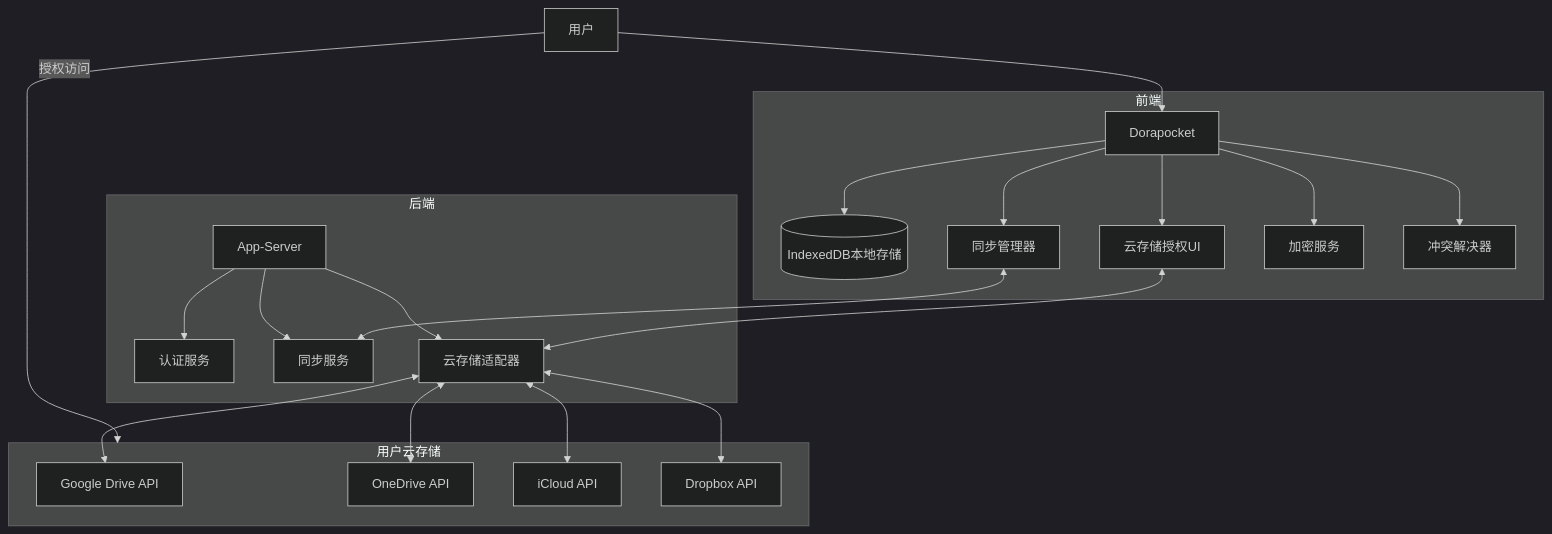
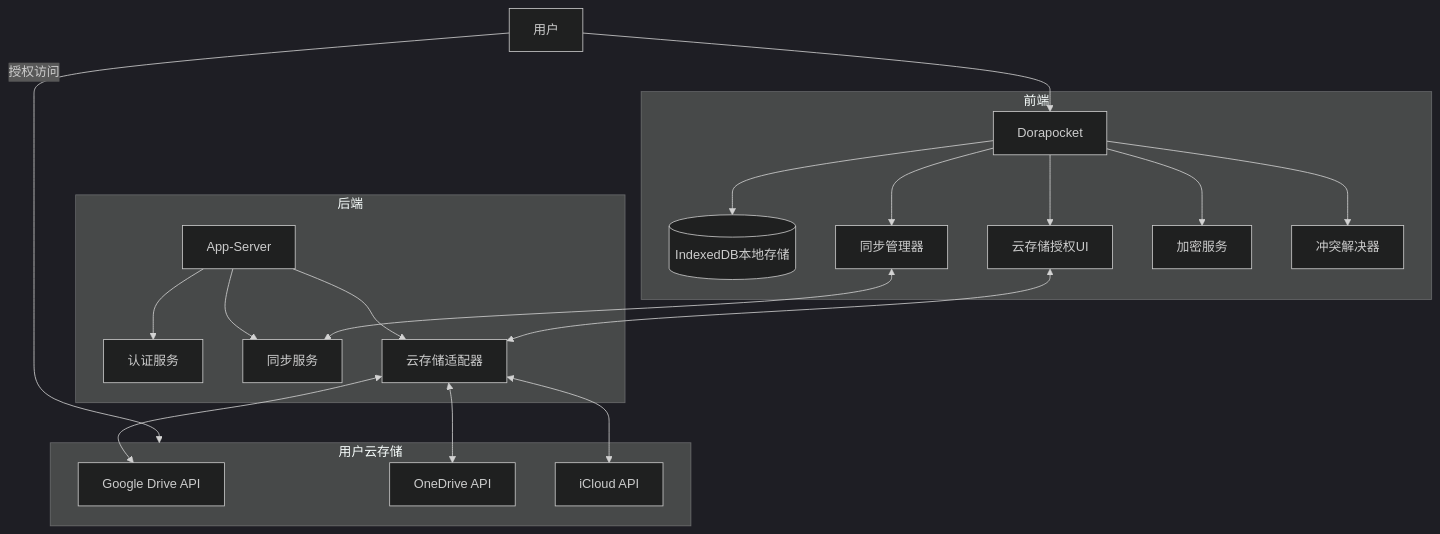
One commit to yingjianzh/iodraw-files changed the diagram in all/未命名-34.md. Above: the diagram before and after it, drawn with Mermaid (dark theme).

Commit message:
2025-04-17 10:40:28 update

````diff
--- a/all/未命名-34.md
+++ b/all/未命名-34.md
@@ -1,29 +1,28 @@
 ```mermaid
 flowchart TD
     User[用户] --> FrontEnd[Dorapocket]
     
     subgraph 前端
         FrontEnd --> LocalDB[(IndexedDB本地存储)]
         FrontEnd --> SyncManager[同步管理器]
         FrontEnd --> CloudAuthUI[云存储授权UI]
         FrontEnd --> CryptoService[加密服务]
         FrontEnd --> ConflictResolver[冲突解决器]
     end
     
     subgraph 后端
         AppServer[App-Server] --> AuthService[认证服务]
         AppServer --> SyncService[同步服务]
         AppServer --> CloudAdapter[云存储适配器]
     end
     
     subgraph 用户云存储
         CloudAdapter <--> GoogleDrive[Google Drive API]
         CloudAdapter <--> OneDrive[OneDrive API]
         CloudAdapter <--> iCloud[iCloud API]
-        CloudAdapter <--> Dropbox[Dropbox API]
     end
     
     User -- "授权访问" --> 用户云存储
     SyncManager <--> SyncService
     CloudAuthUI <--> CloudAdapter
 ```
````
